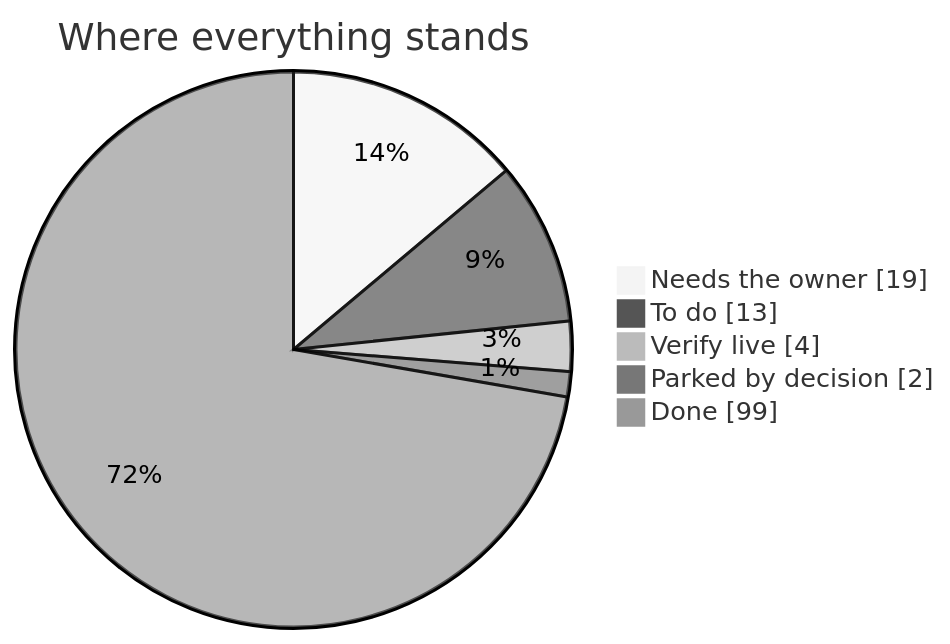
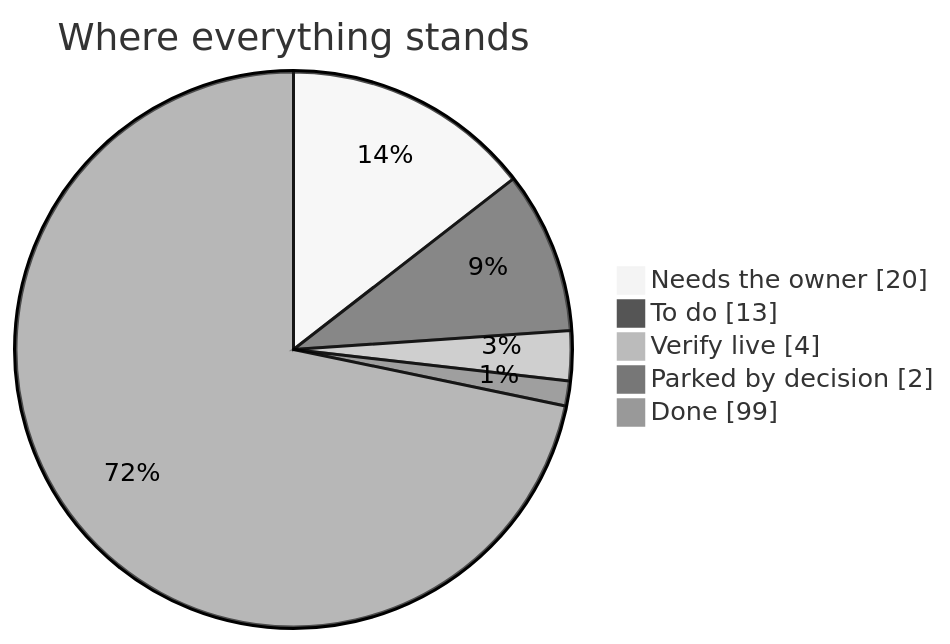
Before and after one commit to divitkej/gradlink: the diagram in launch-board/README.md, drawn with Mermaid (neutral theme). The commit also changed other lines of this file and 7 other files, not shown here.

````diff
--- a/launch-board/README.md
+++ b/launch-board/README.md
@@ -11,9 +11,9 @@
 ```mermaid
 pie showData
   title Where everything stands
-  "Needs the owner" : 19
+  "Needs the owner" : 20
   "To do" : 13
   "Verify live" : 4
   "Parked by decision" : 2
   "Done" : 99
 ```
````
